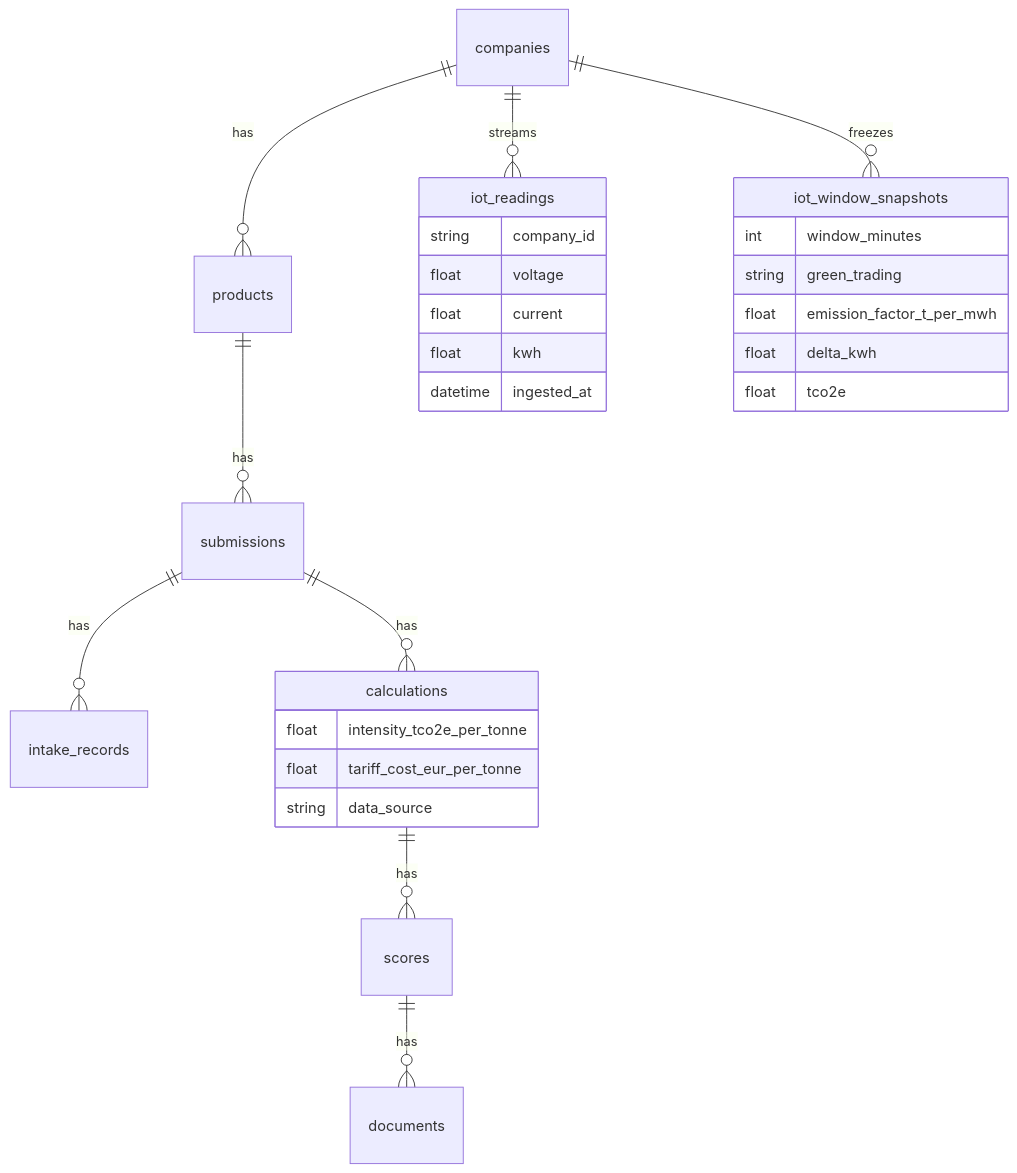
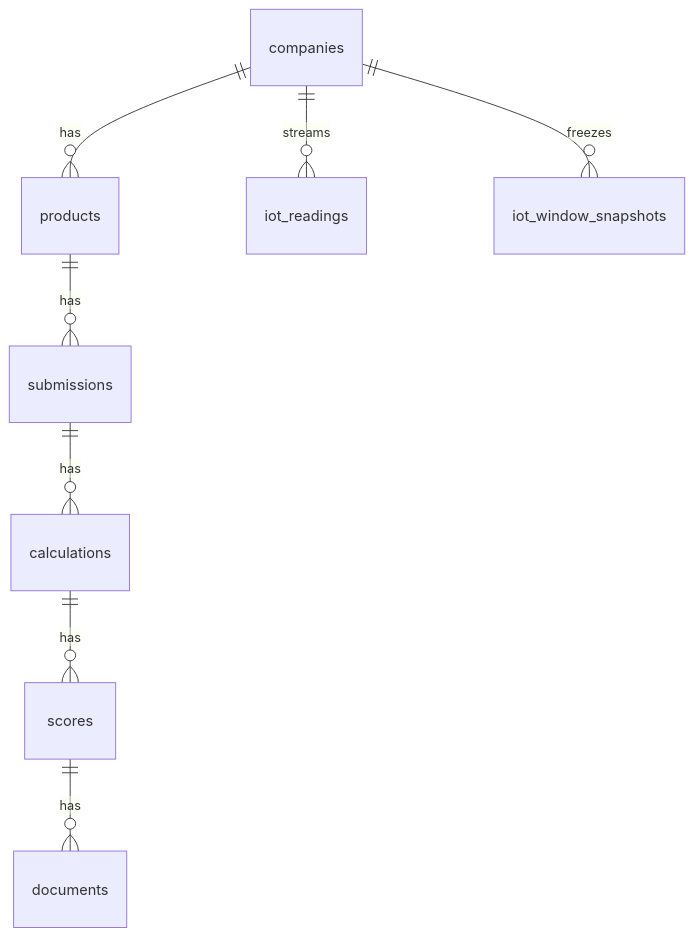
One commit to pennythewise/GreenGru changed the sixth of 6 diagrams in README.md. Above: the diagram before and after it, drawn with Mermaid. The commit also changed other lines of this file and 1 other file, not shown here.

````diff
--- a/README.md
+++ b/README.md
@@ -199,31 +172,10 @@
 ```mermaid
 erDiagram
   companies ||--o{ products : has
   products ||--o{ submissions : has
-  submissions ||--o{ intake_records : has
   submissions ||--o{ calculations : has
+  companies ||--o{ iot_readings : streams
+  companies ||--o{ iot_window_snapshots : freezes
   calculations ||--o{ scores : has
   scores ||--o{ documents : has
-  companies ||--o{ iot_readings : streams
-  companies ||--o{ iot_window_snapshots : freezes
-
-  iot_readings {
-    string company_id
-    float voltage
-    float current
-    float kwh
-    datetime ingested_at
-  }
-  iot_window_snapshots {
-    int window_minutes
-    string green_trading
-    float emission_factor_t_per_mwh
-    float delta_kwh
-    float tco2e
-  }
-  calculations {
-    float intensity_tco2e_per_tonne
-    float tariff_cost_eur_per_tonne
-    string data_source
-  }
 ```
````
